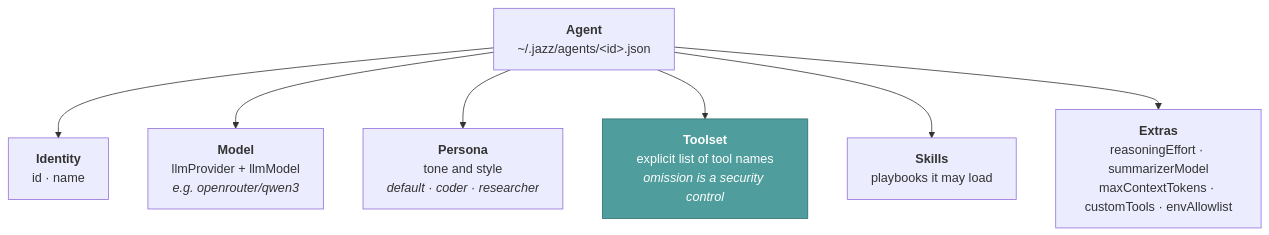
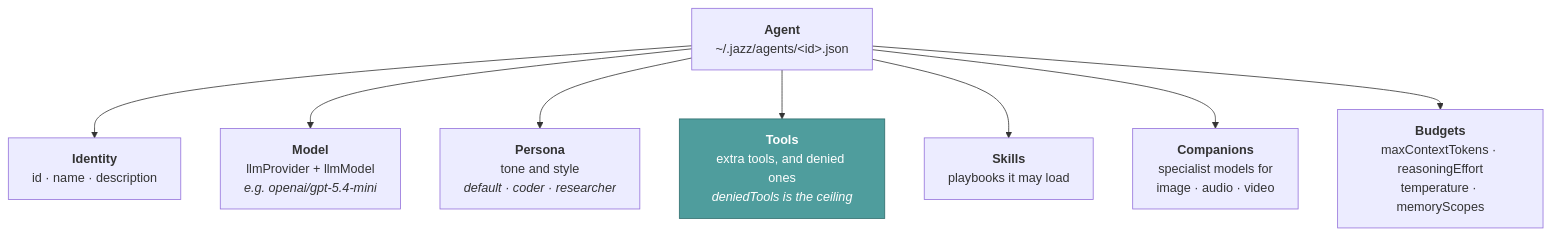
Before and after one commit to lvndry/jazz: the first of 2 diagrams in docs/concepts/agents.md, drawn with Mermaid. The commit also changed other lines of this file and 189 other files, not shown here.

````diff
--- a/docs/concepts/agents.md
+++ b/docs/concepts/agents.md
@@ -24,14 +25,15 @@
 ```mermaid
 flowchart TB
     A["<b>Agent</b><br/>~/.jazz/agents/&lt;id&gt;.json"]
 
-    A --> ID["<b>Identity</b><br/>id · name"]
-    A --> M["<b>Model</b><br/>llmProvider + llmModel<br/><i>e.g. openrouter/qwen3</i>"]
+    A --> ID["<b>Identity</b><br/>id · name · description"]
+    A --> M["<b>Model</b><br/>llmProvider + llmModel<br/><i>e.g. openai/gpt-5.4-mini</i>"]
     A --> P["<b>Persona</b><br/>tone and style<br/><i>default · coder · researcher</i>"]
-    A --> T["<b>Toolset</b><br/>explicit list of tool names<br/><i>omission is a security control</i>"]
+    A --> T["<b>Tools</b><br/>extra tools, and denied ones<br/><i>deniedTools is the ceiling</i>"]
     A --> S["<b>Skills</b><br/>playbooks it may load"]
-    A --> X["<b>Extras</b><br/>reasoningEffort · summarizerModel<br/>maxContextTokens · customTools · envAllowlist"]
+    A --> C["<b>Companions</b><br/>specialist models for<br/>image · audio · video"]
+    A --> X["<b>Budgets</b><br/>maxContextTokens · reasoningEffort<br/>temperature · memoryScopes"]
 
     classDef key fill:#4f9d9d,stroke:#2f6d6d,color:#ffffff
     class T key
 ```
````
